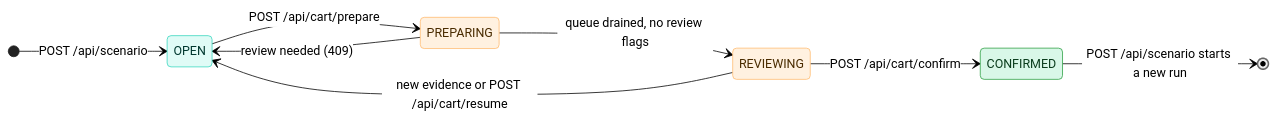
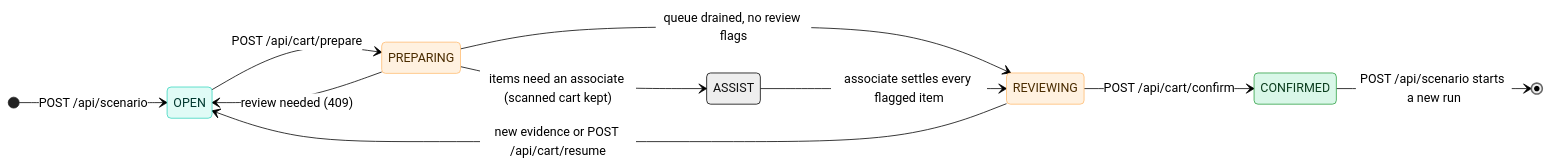
Before and after one commit to dangermos/ProPass: the diagram in docs/api.md, drawn with Mermaid (neutral theme). The commit also changed other lines of this file and 4 other files, not shown here.

````diff
--- a/docs/api.md
+++ b/docs/api.md
@@ -56,18 +58,20 @@
 ```mermaid
 stateDiagram-v2
     direction LR
     [*] --> OPEN: POST /api/scenario
     OPEN --> PREPARING: POST /api/cart/prepare
     PREPARING --> REVIEWING: queue drained, no review flags
     PREPARING --> OPEN: review needed (409)
     REVIEWING --> OPEN: new evidence or POST /api/cart/resume
+    PREPARING --> ASSIST: items need an associate (scanned cart kept)
+    ASSIST --> REVIEWING: associate settles every flagged item
     REVIEWING --> CONFIRMED: POST /api/cart/confirm
     CONFIRMED --> [*]: POST /api/scenario starts a new run
 
     classDef open fill:#e0fbf6,stroke:#38d6bf,color:#00382f
     classDef prep fill:#fff1e0,stroke:#ffbb71,color:#4a2c00
     classDef done fill:#d9f7e8,stroke:#2ea043,color:#0b3d1d
     class OPEN open
     class PREPARING,REVIEWING prep
     class CONFIRMED done
 ```
````
